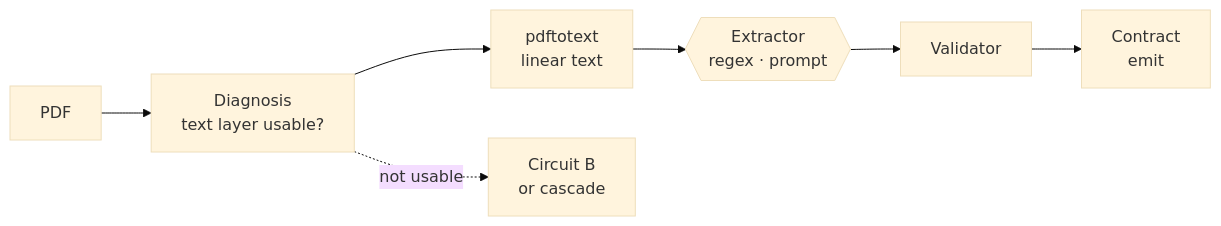
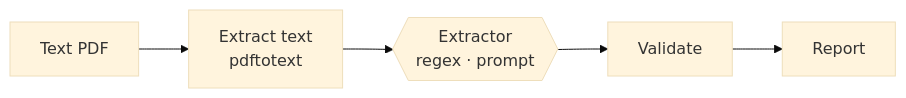
The first of 5 diagrams in workflow.md (mariogarcia-ar/docflow), drawn with Mermaid (base theme) before and after one commit. The commit also changed other lines of this file, not shown here.

````diff
--- a/workflow.md
+++ b/workflow.md
@@ -107,9 +50,7 @@
 ```mermaid
 graph LR
-    A["PDF"] --> B["Diagnosis<br/>text layer usable?"]
-    B --> C["pdftotext<br/>linear text"]
-    C --> D{{"Extractor<br/>regex · prompt"}}
-    D --> E["Validator"]
-    E --> F["Contract<br/>emit"]
-    B -.->|"not usable"| G["Circuit B<br/>or cascade"]
+    A["Text PDF"] --> B["Extract text<br/>pdftotext"]
+    B --> C{{"Extractor<br/>regex · prompt"}}
+    C --> D["Validate"]
+    D --> E["Report"]
 ```
````
